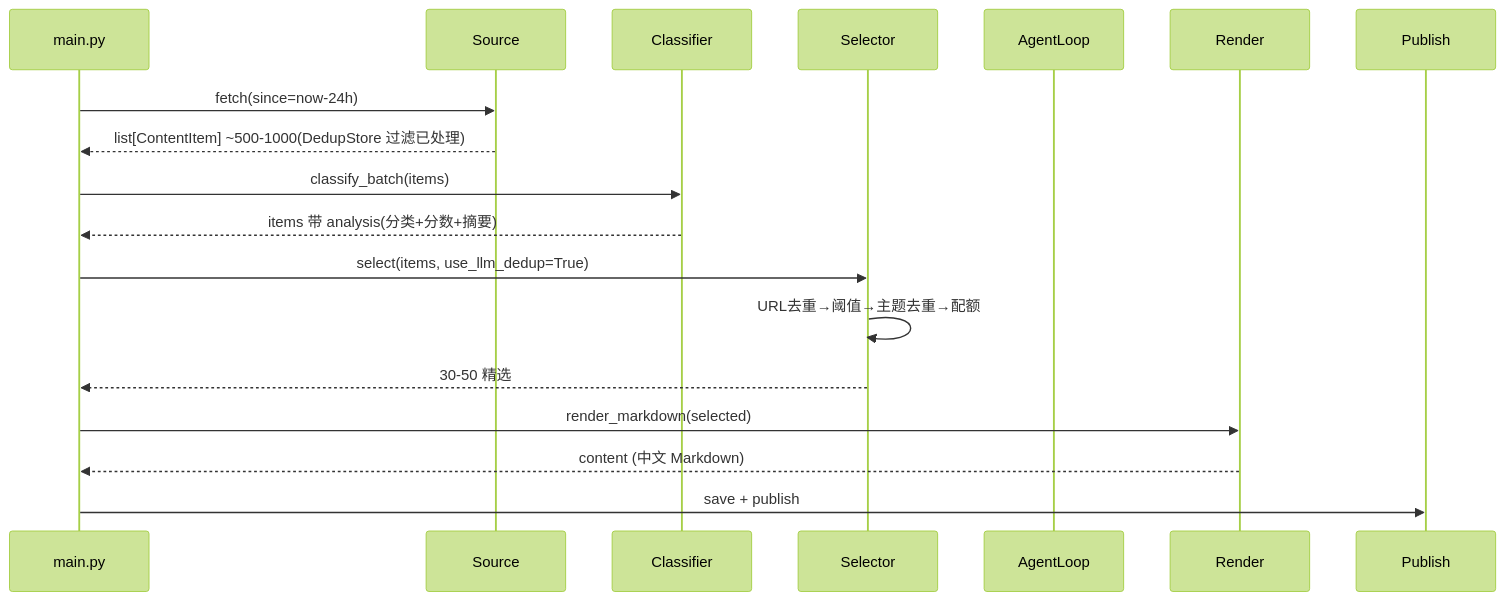
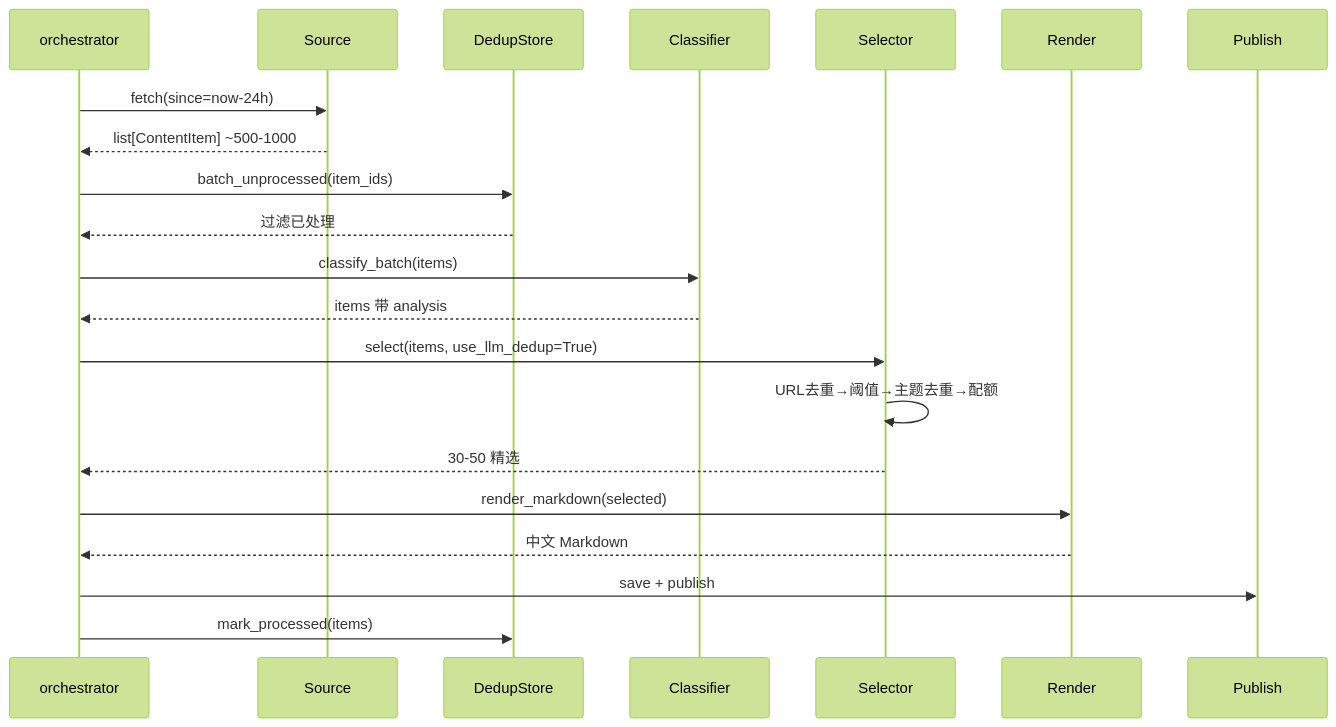
One commit to int2t05/rss-reader changed the second of 2 diagrams in docs/TECH.md. Above: the diagram before and after it, drawn with Mermaid (forest theme). The commit also changed other lines of this file and 8 other files, not shown here.

First line of the commit message:
docs: 文档全量重构 — 只保留 prd/tech/todo/api/flow 五类,删无关文件

````diff
--- a/docs/TECH.md
+++ b/docs/TECH.md
@@ -190,21 +159,24 @@
 ```mermaid
 sequenceDiagram
-    participant M as main.py
+    participant M as orchestrator
     participant S as Source
+    participant D as DedupStore
     participant T1 as Classifier
     participant T2 as Selector
-    participant T3 as AgentLoop
     participant R as Render
     participant P as Publish
 
     M->>S: fetch(since=now-24h)
-    S-->>M: list[ContentItem] ~500-1000(DedupStore 过滤已处理)
+    S-->>M: list[ContentItem] ~500-1000
+    M->>D: batch_unprocessed(item_ids)
+    D-->>M: 过滤已处理
     M->>T1: classify_batch(items)
-    T1-->>M: items 带 analysis(分类+分数+摘要)
+    T1-->>M: items 带 analysis
     M->>T2: select(items, use_llm_dedup=True)
     T2->>T2: URL去重→阈值→主题去重→配额
     T2-->>M: 30-50 精选
     M->>R: render_markdown(selected)
-    R-->>M: content (中文 Markdown)
+    R-->>M: 中文 Markdown
     M->>P: save + publish
+    M->>D: mark_processed(items)
 ```
````
